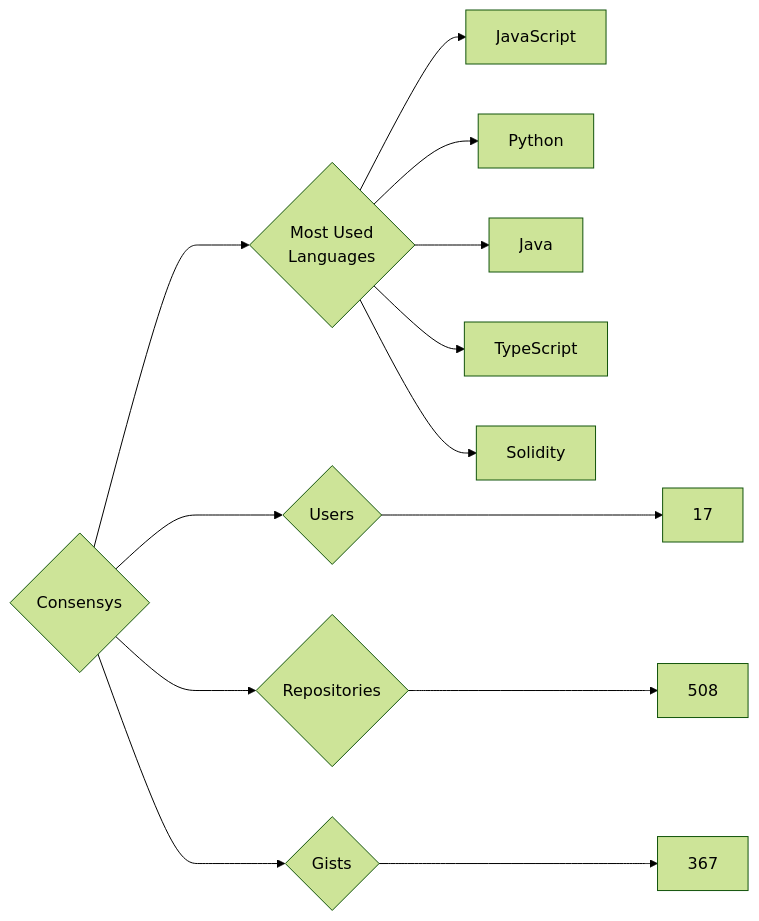
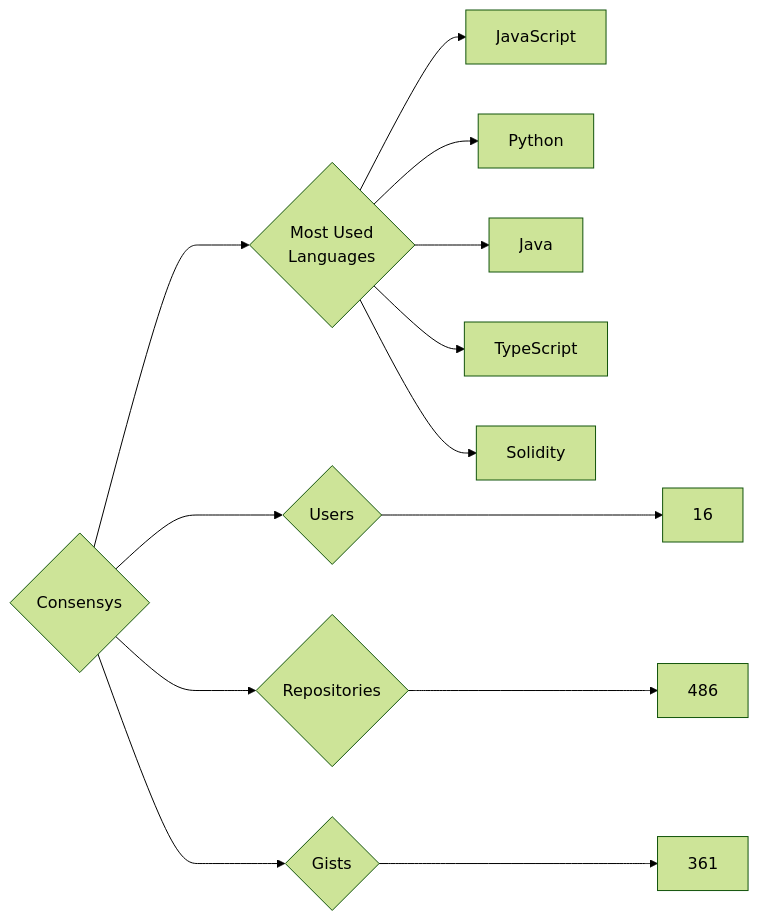
The diagram in targets/Consensys/README.md (trickest/insiders), drawn with Mermaid (forest theme) before and after one commit. The commit also changed 809 other files, not shown here.

````diff
--- a/targets/Consensys/README.md
+++ b/targets/Consensys/README.md
@@ -3,13 +3,13 @@
 ```mermaid
 graph LR
 COMPANY_NAME{Consensys}
-COMPANY_NAME ---> U{Users} ---> UN[17]
-COMPANY_NAME ---> R{Repositories} ---> RN[508]
-COMPANY_NAME ---> G{Gists} ---> GN[367]
+COMPANY_NAME ---> U{Users} ---> UN[16]
+COMPANY_NAME ---> R{Repositories} ---> RN[486]
+COMPANY_NAME ---> G{Gists} ---> GN[361]
 COMPANY_NAME ---> ML{Most Used<br>Languages}
 ML --> JavaScript[JavaScript]
 ML --> Python[Python]
 ML --> Java[Java]
 ML --> TypeScript[TypeScript]
 ML --> Solidity[Solidity]
 ```
````
